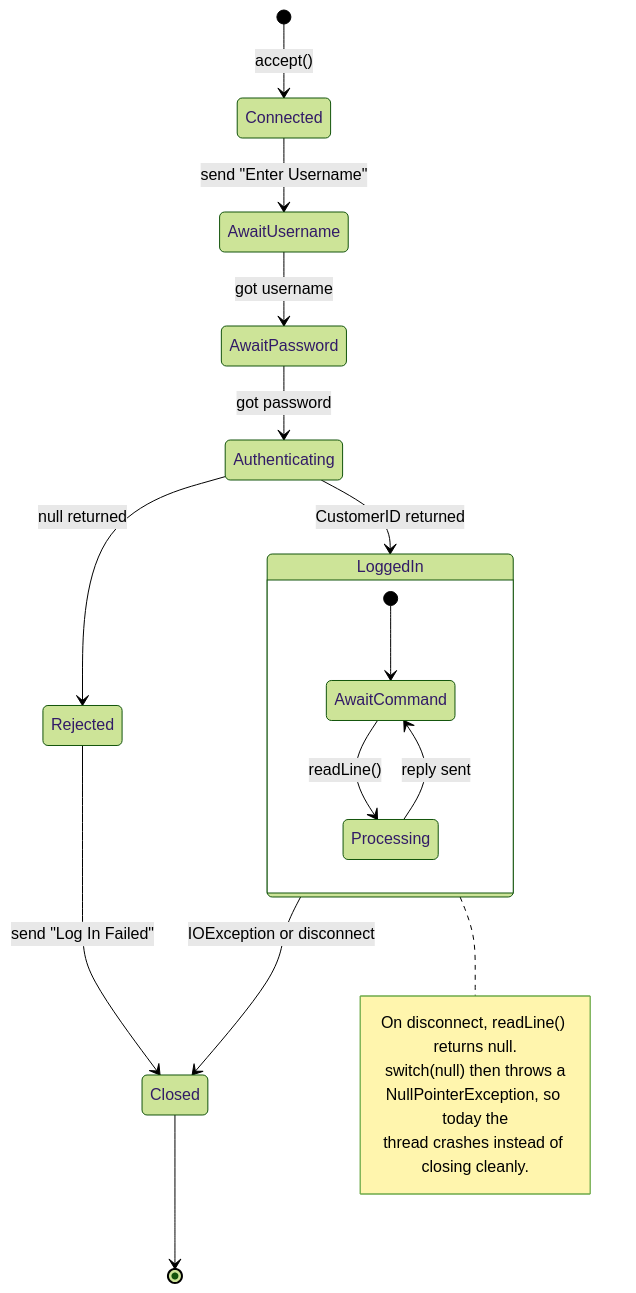
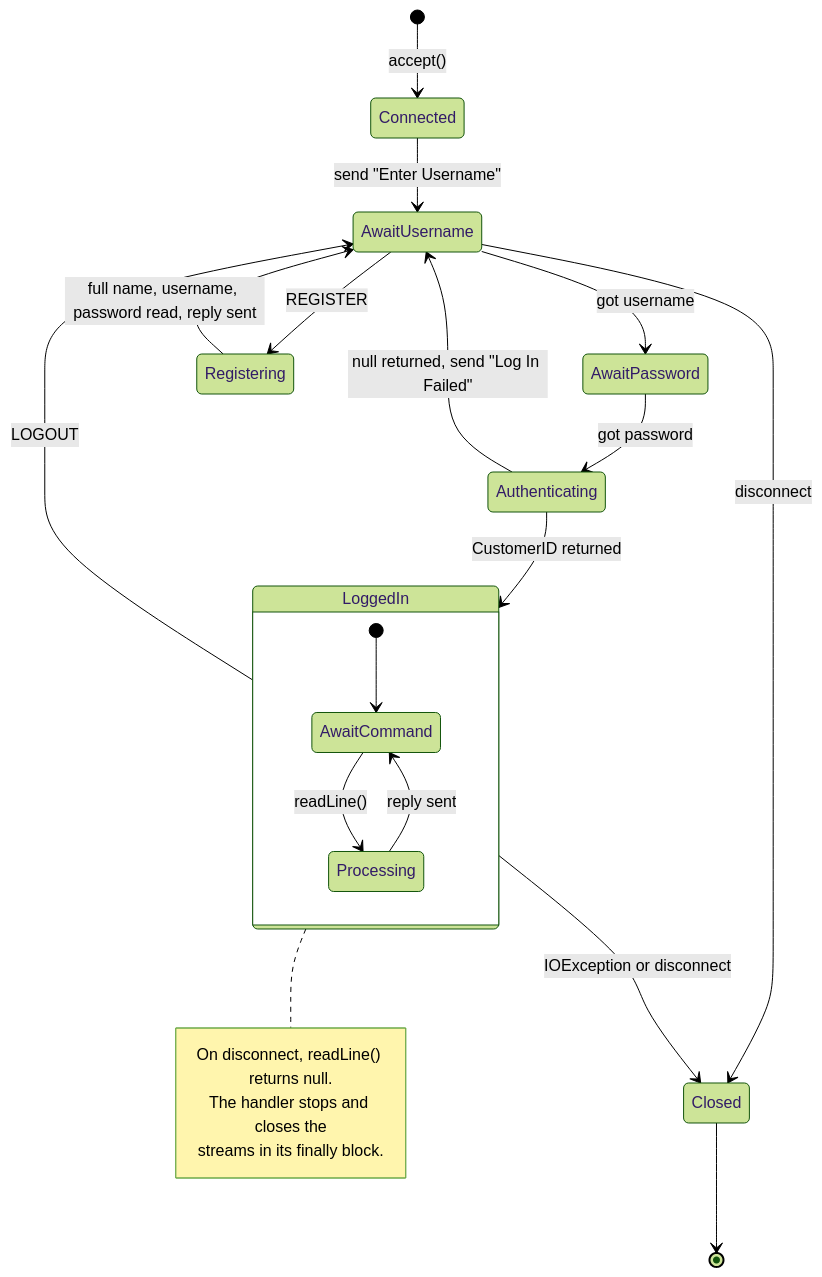
Before and after one commit to jdarguello/bath_new_bank: the fifth of 9 diagrams in README.md, drawn with Mermaid (forest theme). The commit also changed other lines of this file and 11 other files, not shown here.

````diff
--- a/README.md
+++ b/README.md
@@ -249,26 +409,28 @@
 ```mermaid
 stateDiagram-v2
     [*] --> Connected : accept()
     Connected --> AwaitUsername : send "Enter Username"
     AwaitUsername --> AwaitPassword : got username
     AwaitPassword --> Authenticating : got password
     Authenticating --> LoggedIn : CustomerID returned
-    Authenticating --> Rejected : null returned
-    Rejected --> Closed : send "Log In Failed"
+    Authenticating --> AwaitUsername : null returned, send "Log In Failed"
+    AwaitUsername --> Registering : REGISTER
+    Registering --> AwaitUsername : full name, username, password read, reply sent
+    AwaitUsername --> Closed : disconnect
 
     state LoggedIn {
         [*] --> AwaitCommand
         AwaitCommand --> Processing : readLine()
         Processing --> AwaitCommand : reply sent
     }
 
+    LoggedIn --> AwaitUsername : LOGOUT
     LoggedIn --> Closed : IOException or disconnect
     Closed --> [*]
 
     note right of LoggedIn
         On disconnect, readLine() returns null.
-        switch(null) then throws a
-        NullPointerException, so today the
-        thread crashes instead of closing cleanly.
+        The handler stops and closes the
+        streams in its finally block.
     end note
 ```
````
